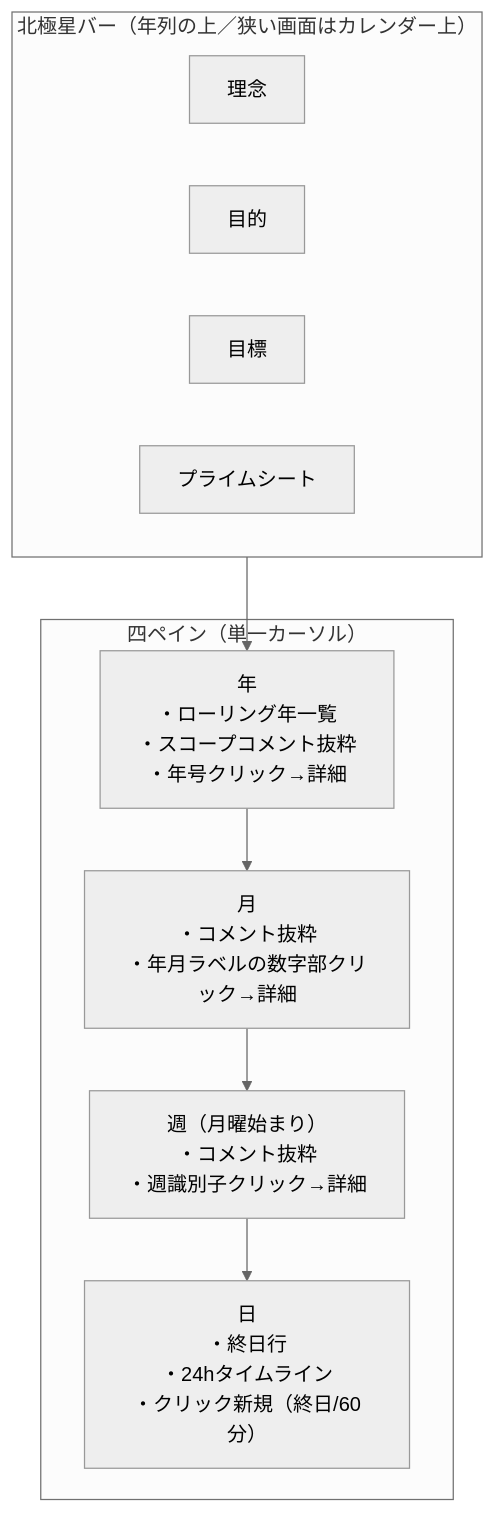
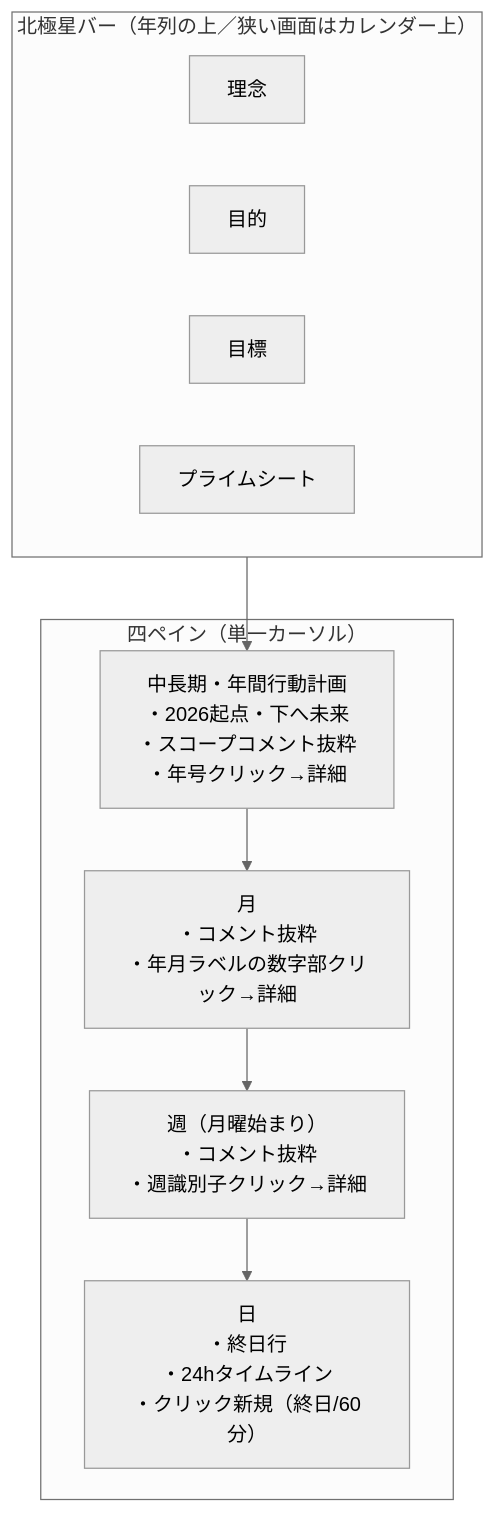
One commit to komeda-akira/life-schedule changed the first of 4 diagrams in docs/overview-diagram.md. Above: the diagram before and after it, drawn with Mermaid (neutral theme). The commit also changed 13 other files, not shown here.

````diff
--- a/docs/overview-diagram.md
+++ b/docs/overview-diagram.md
@@ -9,19 +9,19 @@
 ```mermaid
 flowchart TB
   subgraph bar["北極星バー（年列の上／狭い画面はカレンダー上）"]
     B1["理念"]
     B2["目的"]
     B3["目標"]
     B4["プライムシート"]
   end
 
   subgraph panes["四ペイン（単一カーソル）"]
-    P1["年\n・ローリング年一覧\n・スコープコメント抜粋\n・年号クリック→詳細"]
+    P1["中長期・年間行動計画\n・2026起点・下へ未来\n・スコープコメント抜粋\n・年号クリック→詳細"]
     P2["月\n・コメント抜粋\n・年月ラベルの数字部クリック→詳細"]
     P3["週（月曜始まり）\n・コメント抜粋\n・週識別子クリック→詳細"]
     P4["日\n・終日行\n・24hタイムライン\n・クリック新規（終日/60分）"]
   end
 
   bar --> P1
   P1 --> P2 --> P3 --> P4
 ```
````
